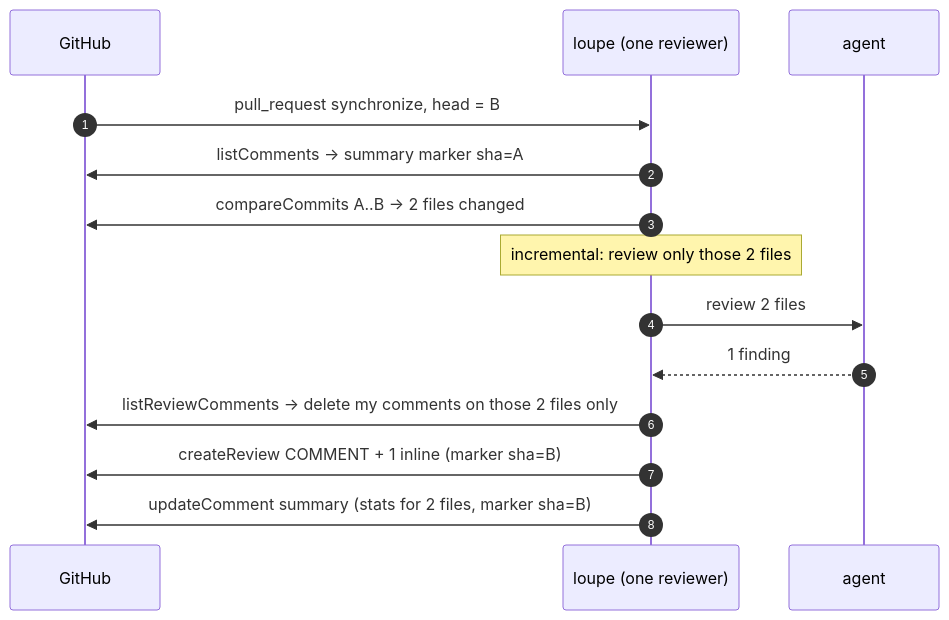
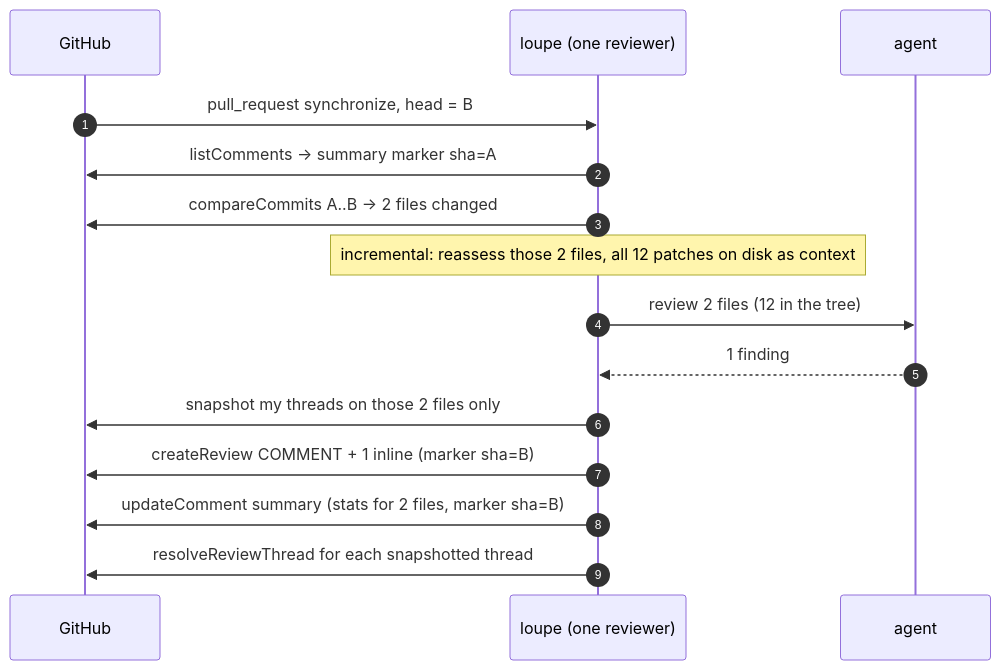
The third of 3 diagrams in docs/how-it-works/first-vs-incremental.md (context-labs/loupe), drawn with Mermaid before and after one commit. The commit also changed other lines of this file and 31 other files, not shown here.

First line of the commit message:
feat: reasoning flag, resolve-not-delete, full-diff context, visible degradation (INF-5290..5295) (#22)

````diff
--- a/docs/how-it-works/first-vs-incremental.md
+++ b/docs/how-it-works/first-vs-incremental.md
@@ -45,16 +46,17 @@
 ```mermaid
 sequenceDiagram
     autonumber
     participant GH as GitHub
     participant L as loupe (one reviewer)
     participant W as agent
     GH->>L: pull_request synchronize, head = B
     L->>GH: listComments → summary marker sha=A
     L->>GH: compareCommits A..B → 2 files changed
-    Note over L: incremental: review only those 2 files
-    L->>W: review 2 files
+    Note over L: incremental: reassess those 2 files, all 12 patches on disk as context
+    L->>W: review 2 files (12 in the tree)
     W-->>L: 1 finding
-    L->>GH: listReviewComments → delete my comments on those 2 files only
+    L->>GH: snapshot my threads on those 2 files only
     L->>GH: createReview COMMENT + 1 inline (marker sha=B)
     L->>GH: updateComment summary (stats for 2 files, marker sha=B)
+    L->>GH: resolveReviewThread for each snapshotted thread
 ```
````
